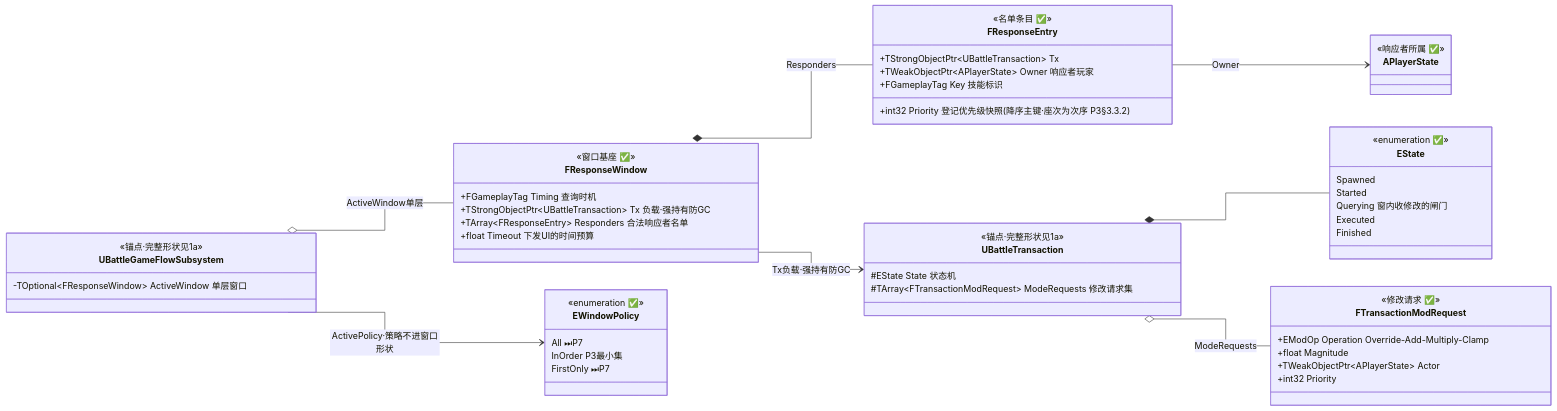
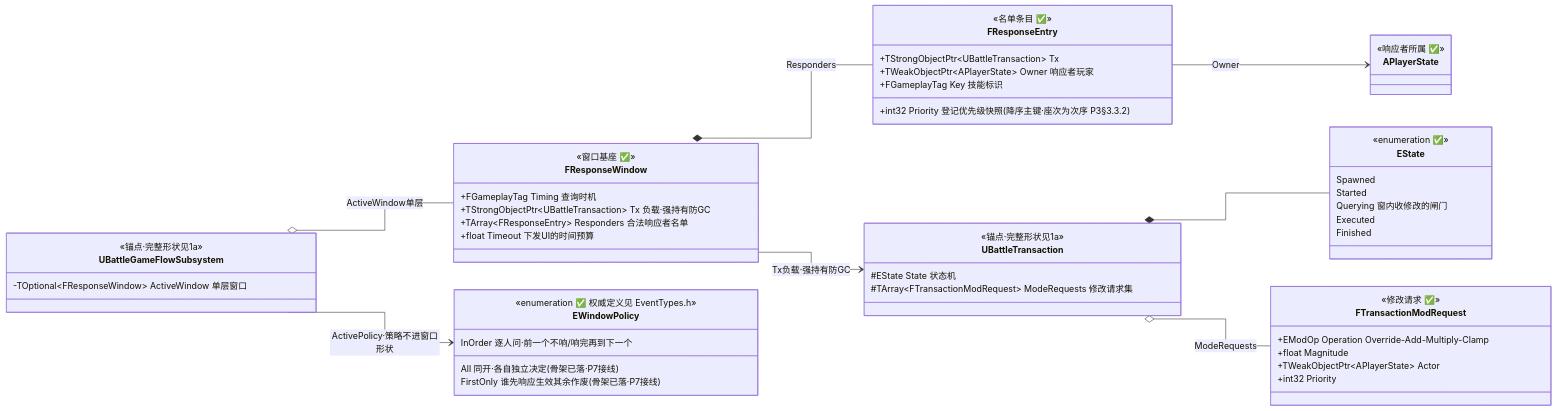
One commit to Fyammetta/ArkWars changed the second of 6 diagrams in Docs/02-阶段性任务/P3-架构图集.md. Above: the diagram before and after it, drawn with Mermaid. The commit also changed other lines of this file and 17 other files, not shown here.

````diff
--- a/Docs/02-阶段性任务/P3-架构图集.md
+++ b/Docs/02-阶段性任务/P3-架构图集.md
@@ -126,68 +129,68 @@
 ```mermaid
 %%{init: {"flowchart": {"curve": "stepAfter"}}}%%
 classDiagram
     direction LR
 
     class UBattleGameFlowSubsystem {
         <<锚点·完整形状见1a>>
         -TOptional~FResponseWindow~ ActiveWindow 单层窗口
     }
 
     class UBattleTransaction {
         <<锚点·完整形状见1a>>
         #EState State 状态机
         #TArray~FTransactionModRequest~ ModeRequests 修改请求集
     }
 
     class FResponseWindow {
         <<窗口基座 ✅>>
         +FGameplayTag Timing 查询时机
         +TStrongObjectPtr~UBattleTransaction~ Tx 负载·强持有防GC
         +TArray~FResponseEntry~ Responders 合法响应者名单
         +float Timeout 下发UI的时间预算
     }
 
     class FResponseEntry {
         <<名单条目 ✅>>
         +TStrongObjectPtr~UBattleTransaction~ Tx
         +int32 Priority 登记优先级快照(降序主键·座次为次序 P3§3.3.2)
         +TWeakObjectPtr~APlayerState~ Owner 响应者玩家
         +FGameplayTag Key 技能标识
     }
 
     class FTransactionModRequest {
         <<修改请求 ✅>>
         +EModOp Operation Override-Add-Multiply-Clamp
         +float Magnitude
         +TWeakObjectPtr~APlayerState~ Actor
         +int32 Priority
     }
 
     class EWindowPolicy {
-        <<enumeration ✅>>
-        All ⏭P7
-        InOrder P3最小集
-        FirstOnly ⏭P7
+        <<enumeration ✅ 权威定义见 EventTypes.h>>
+        All 同开·各自独立决定(骨架已落·P7接线)
+        InOrder 逐人问·前一个不响/响完再到下一个
+        FirstOnly 谁先响应生效其余作废(骨架已落·P7接线)
     }
 
     class EState {
         <<enumeration ✅>>
         Spawned
         Started
         Querying 窗内收修改的闸门
         Executed
         Finished
     }
 
     class APlayerState {
         <<响应者所属 ✅>>
     }
 
     UBattleGameFlowSubsystem o-- FResponseWindow : ActiveWindow单层
     UBattleGameFlowSubsystem --> EWindowPolicy : ActivePolicy·策略不进窗口形状
     FResponseWindow *-- FResponseEntry : Responders
     FResponseWindow --> UBattleTransaction : Tx负载·强持有防GC
     FResponseEntry --> APlayerState : Owner
     UBattleTransaction *-- EState
     UBattleTransaction o-- FTransactionModRequest : ModeRequests
 ```
````
